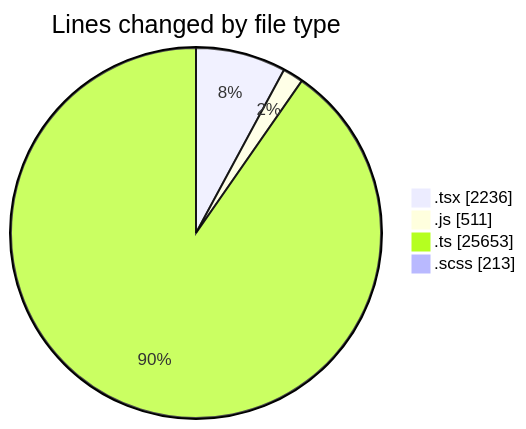
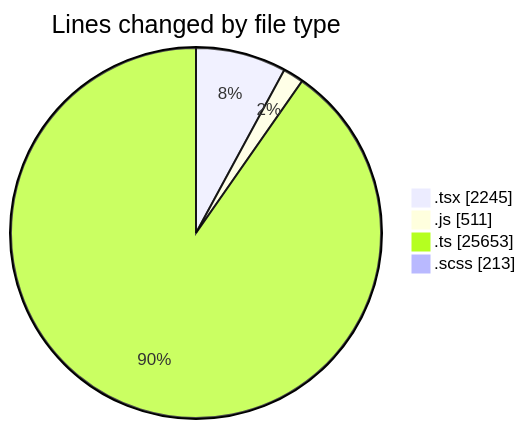
The first of 2 diagrams in 2025-06-30/cda/README.md (momahboobian/code-tracking), drawn with Mermaid before and after one commit. The commit also changed other lines of this file and 1 other file, not shown here.

````diff
--- a/2025-06-30/cda/README.md
+++ b/2025-06-30/cda/README.md
@@ -41,8 +41,8 @@
 ```mermaid
 pie showData
 title Lines changed by file type
-".tsx" : 2236
+".tsx" : 2245
 ".js" : 511
 ".ts" : 25653
 ".scss" : 213
 ```
````
